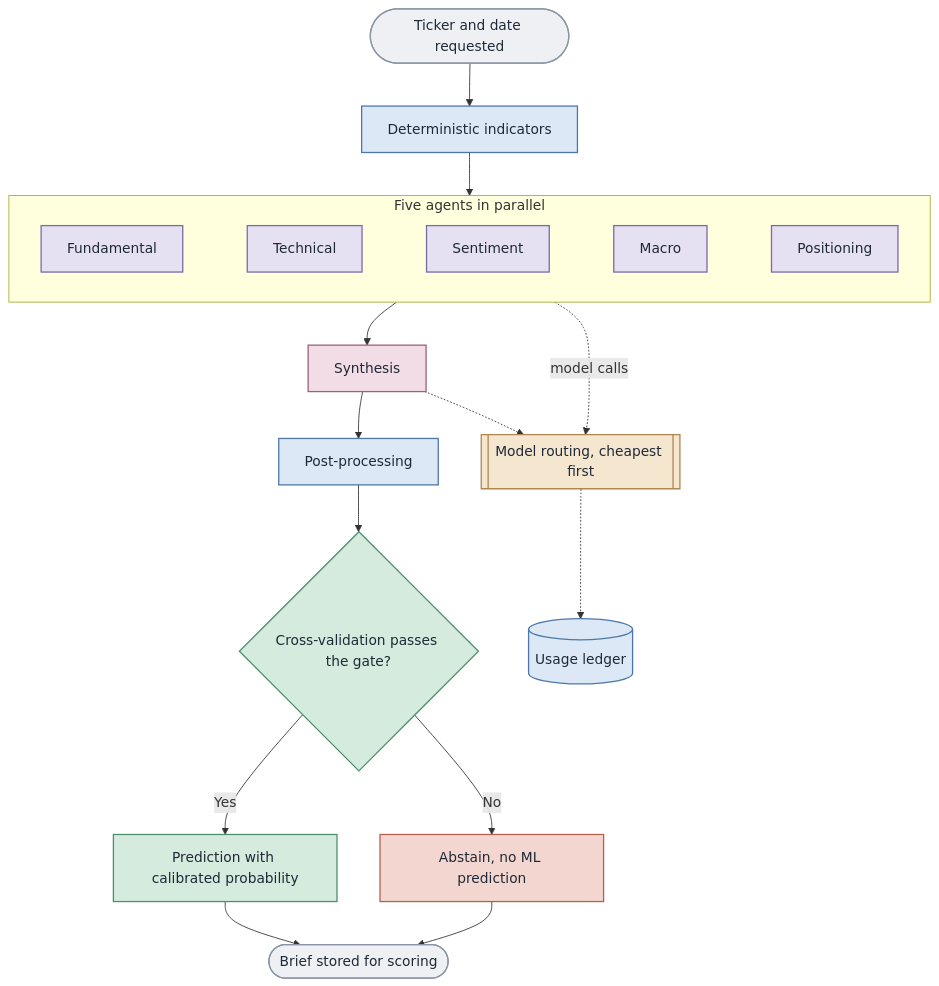
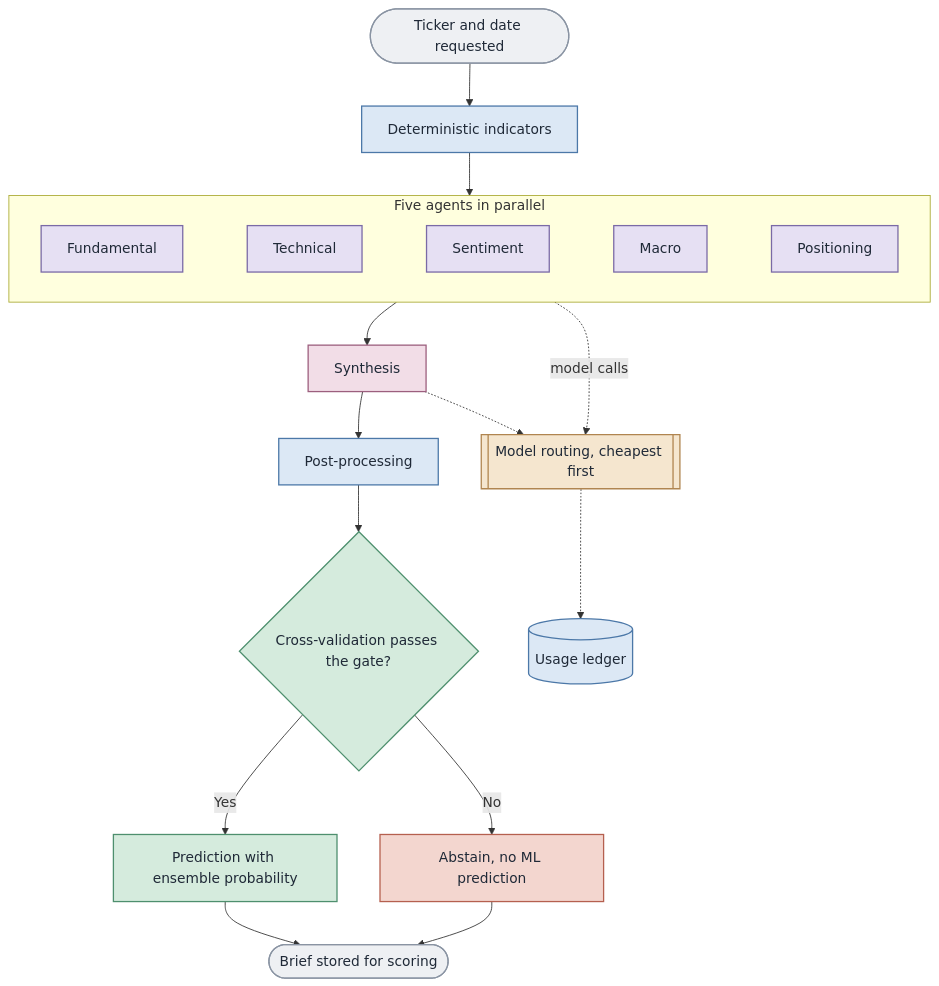
The second of 5 diagrams in README.md (AdiMendelowitz/agentic-equity-research), drawn with Mermaid before and after one commit. The commit also changed other lines of this file and 16 other files, not shown here.

````diff
--- a/README.md
+++ b/README.md
@@ -132,36 +132,36 @@
 ```mermaid
 flowchart TD
     request([Ticker and date requested]) --> ind[Deterministic indicators]
     ind --> agents
     subgraph agents [Five agents in parallel]
         direction LR
         fund[Fundamental]
         tech[Technical]
         sent[Sentiment]
         macro[Macro]
         pos[Positioning]
         fund ~~~ tech ~~~ sent ~~~ macro ~~~ pos
     end
     agents --> synth[Synthesis] --> post[Post-processing] --> gate{Cross-validation passes the gate?}
-    gate -->|Yes| calib[Prediction with calibrated probability]
+    gate -->|Yes| calib[Prediction with ensemble probability]
     gate -->|No| abstain[Abstain, no ML prediction]
     calib --> brief([Brief stored for scoring])
     abstain --> brief
     agents -.->|model calls| routing[[Model routing, cheapest first]]
     synth -.-> routing
     routing -.-> ledger[(Usage ledger)]
     classDef terminal fill:#EEF0F3,stroke:#8A94A3,stroke-width:1.5px,color:#1F2937
     classDef code fill:#DCE8F5,stroke:#4C78A8,stroke-width:1.5px,color:#1F2937
     classDef agent fill:#E6E0F3,stroke:#7A6AA6,stroke-width:1.5px,color:#1F2937
     classDef llm fill:#F2DDE7,stroke:#9C5F7E,stroke-width:1.5px,color:#1F2937
     classDef ml fill:#D5EBDD,stroke:#4E8F6E,stroke-width:1.5px,color:#1F2937
     classDef stop fill:#F3D6CF,stroke:#B5604F,stroke-width:1.5px,color:#1F2937
     classDef paid fill:#F5E6CF,stroke:#B08550,stroke-width:1.5px,color:#1F2937
     class request,brief terminal
     class ind,post,ledger code
     class fund,tech,sent,macro,pos agent
     class synth llm
     class gate,calib ml
     class abstain stop
     class routing paid
 ```
````
